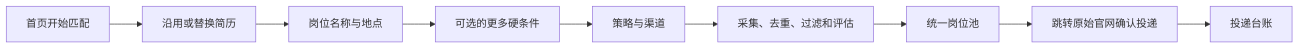
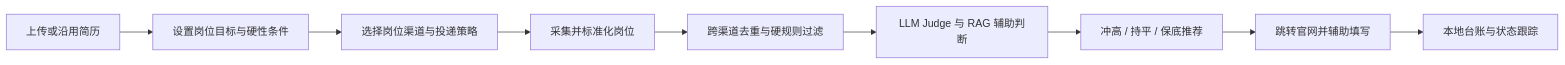
Before and after one commit to dailaor/job-agent: the first of 2 diagrams in README.md, drawn with Mermaid. The commit also changed other lines of this file and 5 other files, not shown here.

````diff
--- a/README.md
+++ b/README.md
@@ -19,11 +19,11 @@
 ```mermaid
 flowchart LR
-    A["首页开始匹配"] --> B["沿用或替换简历"]
-    B --> C["岗位名称与地点"]
-    C --> D["可选的更多硬条件"]
-    D --> E["策略与渠道"]
-    E --> F["采集、去重、过滤和评估"]
-    F --> G["统一岗位池"]
-    G --> H["跳转原始官网确认投递"]
-    H --> I["投递台账"]
+    A["上传或沿用简历"] --> B["设置岗位目标与硬性条件"]
+    B --> C["选择岗位渠道与投递策略"]
+    C --> D["采集并标准化岗位"]
+    D --> E["跨渠道去重与硬规则过滤"]
+    E --> F["LLM Judge 与 RAG 辅助判断"]
+    F --> G["冲高 / 持平 / 保底推荐"]
+    G --> H["跳转官网并辅助填写"]
+    H --> I["本地台账与状态跟踪"]
 ```
````
